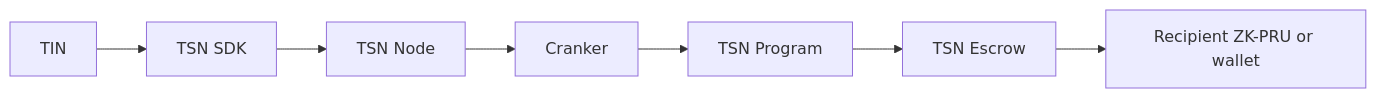
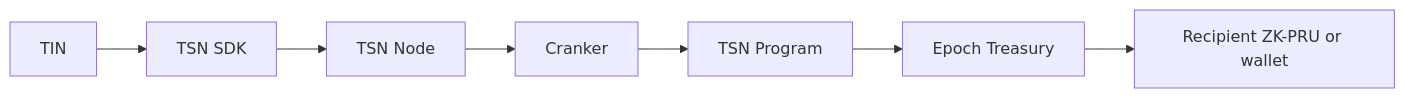
The diagram in README.md (Trustlink-Labs/TSN-Protocol), drawn with Mermaid before and after one commit. The commit also changed other lines of this file and 26 other files, not shown here.

````diff
--- a/README.md
+++ b/README.md
@@ -11,9 +11,9 @@
 ```mermaid
 flowchart LR
     T[TIN] --> S[TSN SDK]
     S --> N[TSN Node]
     N --> C[Cranker]
     C --> P[TSN Program]
-    P --> E[TSN Escrow]
+    P --> E[Epoch Treasury]
     E --> R[Recipient ZK-PRU or wallet]
 ```
````
